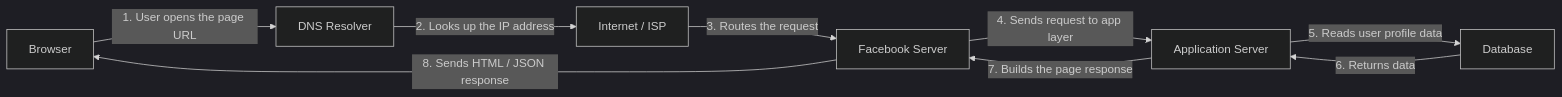
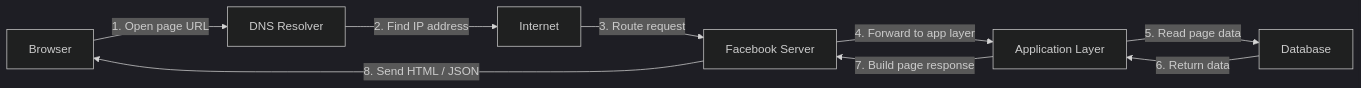
Before and after one commit to ASaber33/web-request-diagram: the diagram in README.md, drawn with Mermaid (dark theme). The commit also changed other lines of this file and 1 other file, not shown here.

````diff
--- a/README.md
+++ b/README.md
@@ -9,11 +11,11 @@
 ```mermaid
 graph LR
-    A[Browser] -->|1. User opens the page URL| B[DNS Resolver]
-    B -->|2. Looks up the IP address| C[Internet / ISP]
-    C -->|3. Routes the request| D[Facebook Server]
-    D -->|4. Sends request to app layer| E[Application Server]
-    E -->|5. Reads user profile data| F[Database]
-    F -->|6. Returns data| E
-    E -->|7. Builds the page response| D
-    D -->|8. Sends HTML / JSON response| A
+    A[Browser] -->|1. Open page URL| B[DNS Resolver]
+    B -->|2. Find IP address| C[Internet]
+    C -->|3. Route request| D[Facebook Server]
+    D -->|4. Forward to app layer| E[Application Layer]
+    E -->|5. Read page data| F[Database]
+    F -->|6. Return data| E
+    E -->|7. Build page response| D
+    D -->|8. Send HTML / JSON| A
 ```
````
